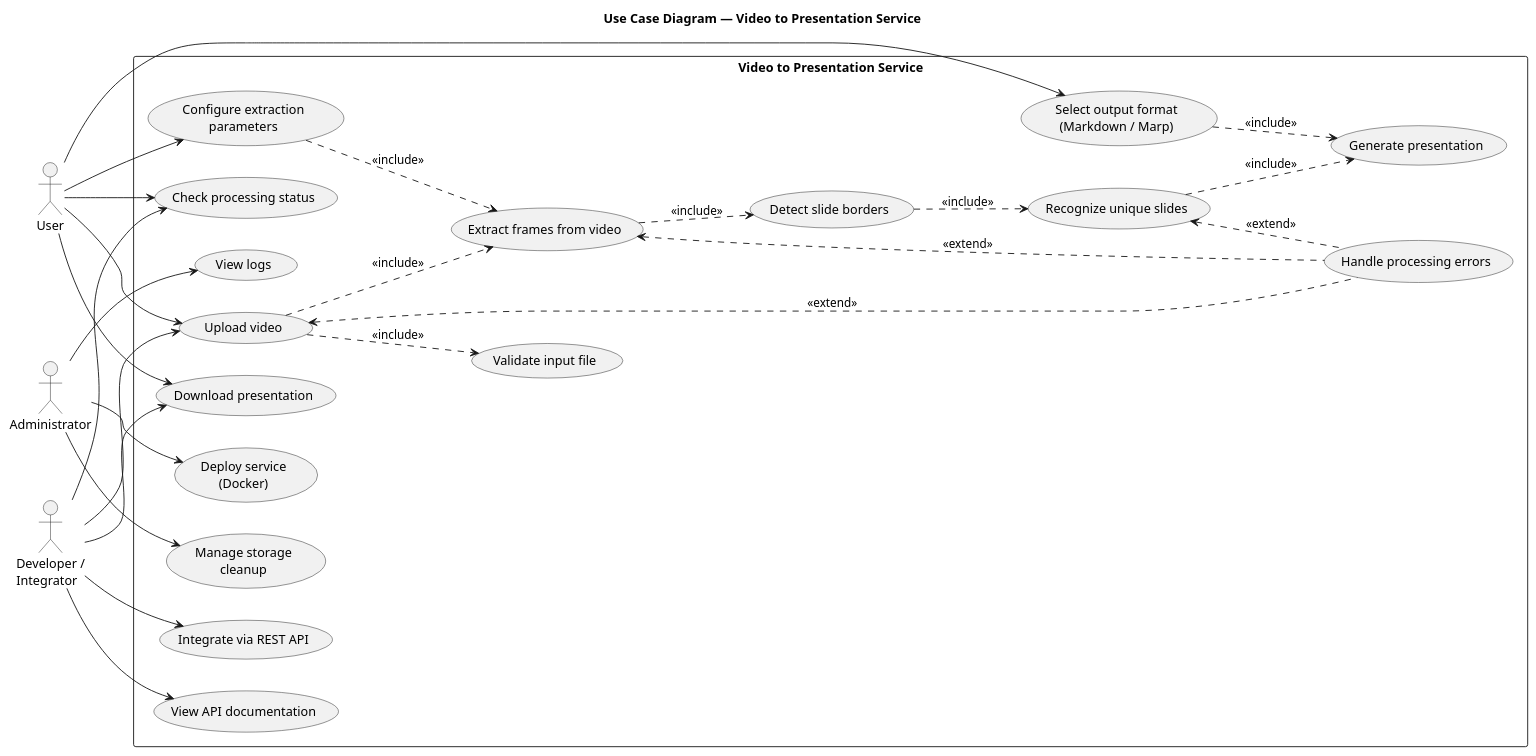
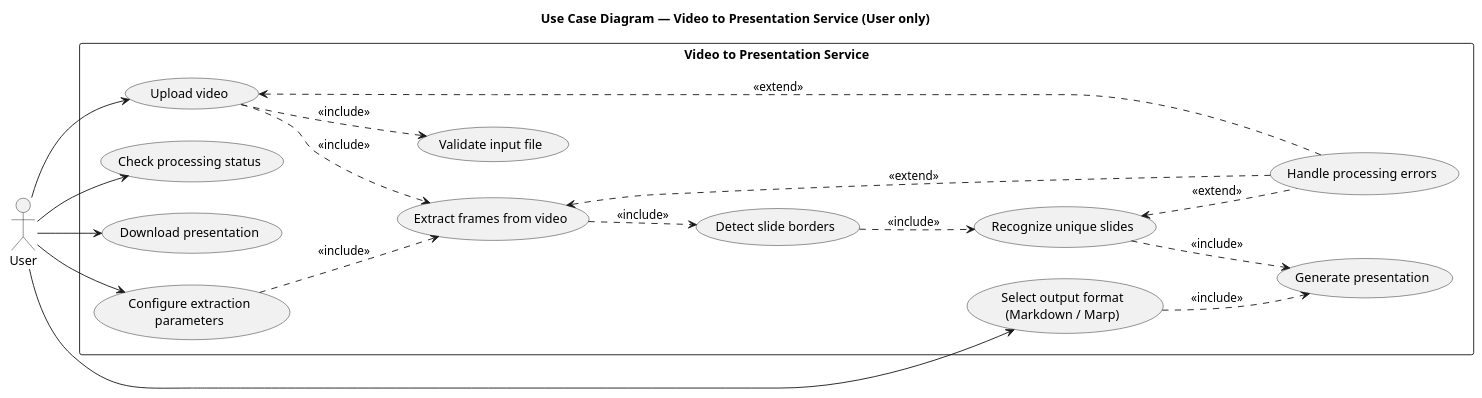
The diagram in docx/UseCaseDiagram.puml (patiy8535-svg/Video_to_Presentation), drawn with PlantUML before and after one commit. The commit also changed 14 other files, not shown here.

```diff
--- a/docx/UseCaseDiagram.puml
+++ b/docx/UseCaseDiagram.puml
@@ -1,84 +1,59 @@
 @startuml UseCaseDiagram
 
-title Use Case Diagram — Video to Presentation Service
+title Use Case Diagram — Video to Presentation Service (User only)
 
 skinparam shadowing false
 skinparam packageStyle rectangle
 left to right direction
 
 ' =======================
-' Actors
+' Actor
 ' =======================
 actor "User" as User
-actor "Administrator" as Admin
-actor "Developer /\nIntegrator" as Dev
 
 ' =======================
 ' System boundary
 ' =======================
 rectangle "Video to Presentation Service" {
 
     usecase "Upload video" as UC1
     usecase "Check processing status" as UC2
     usecase "Download presentation" as UC3
     usecase "Select output format\n(Markdown / Marp)" as UC4
     usecase "Configure extraction\nparameters" as UC5
 
     usecase "Extract frames from video" as UC6
     usecase "Detect slide borders" as UC7
     usecase "Recognize unique slides" as UC8
     usecase "Generate presentation" as UC9
 
     usecase "Validate input file" as UC10
     usecase "Handle processing errors" as UC11
-
-    usecase "Deploy service\n(Docker)" as UC12
-    usecase "View logs" as UC13
-    usecase "Manage storage\ncleanup" as UC14
-
-    usecase "Integrate via REST API" as UC15
-    usecase "View API documentation" as UC16
 }
 
 ' =======================
 ' User relationships
 ' =======================
 User --> UC1
 User --> UC2
 User --> UC3
 User --> UC4
 User --> UC5
-
-' =======================
-' Developer relationships
-' =======================
-Dev --> UC15
-Dev --> UC16
-Dev --> UC1
-Dev --> UC2
-Dev --> UC3
-
-' =======================
-' Administrator relationships
-' =======================
-Admin --> UC12
-Admin --> UC13
-Admin --> UC14
 
 ' =======================
 ' Include / Extend
 ' =======================
 UC1 ..> UC10 : <<include>>
 UC1 ..> UC6 : <<include>>
 UC6 ..> UC7 : <<include>>
 UC7 ..> UC8 : <<include>>
 UC8 ..> UC9 : <<include>>
 
 UC1 <.. UC11 : <<extend>>
 UC6 <.. UC11 : <<extend>>
 UC8 <.. UC11 : <<extend>>
 
 UC4 ..> UC9 : <<include>>
 UC5 ..> UC6 : <<include>>
 
 @enduml
```
